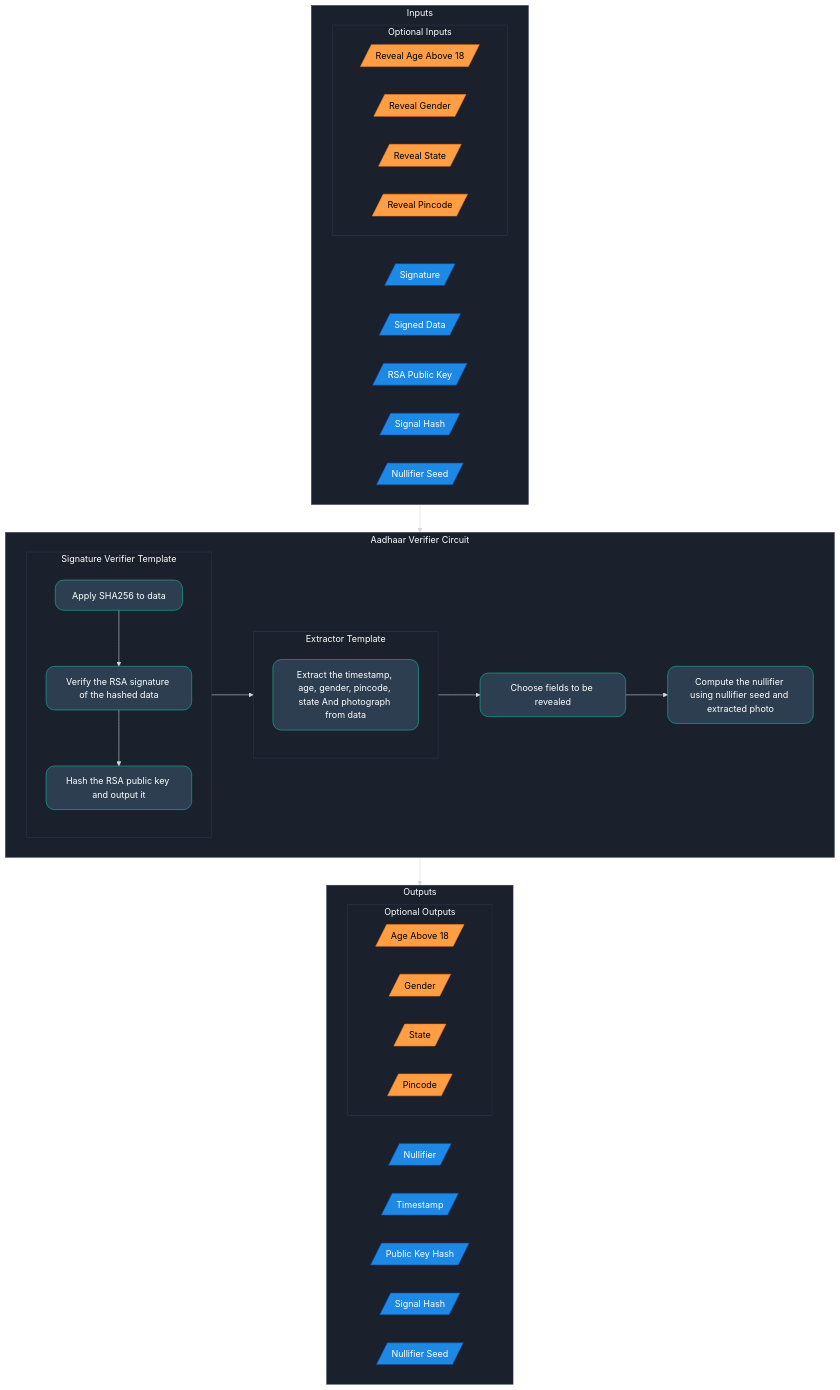
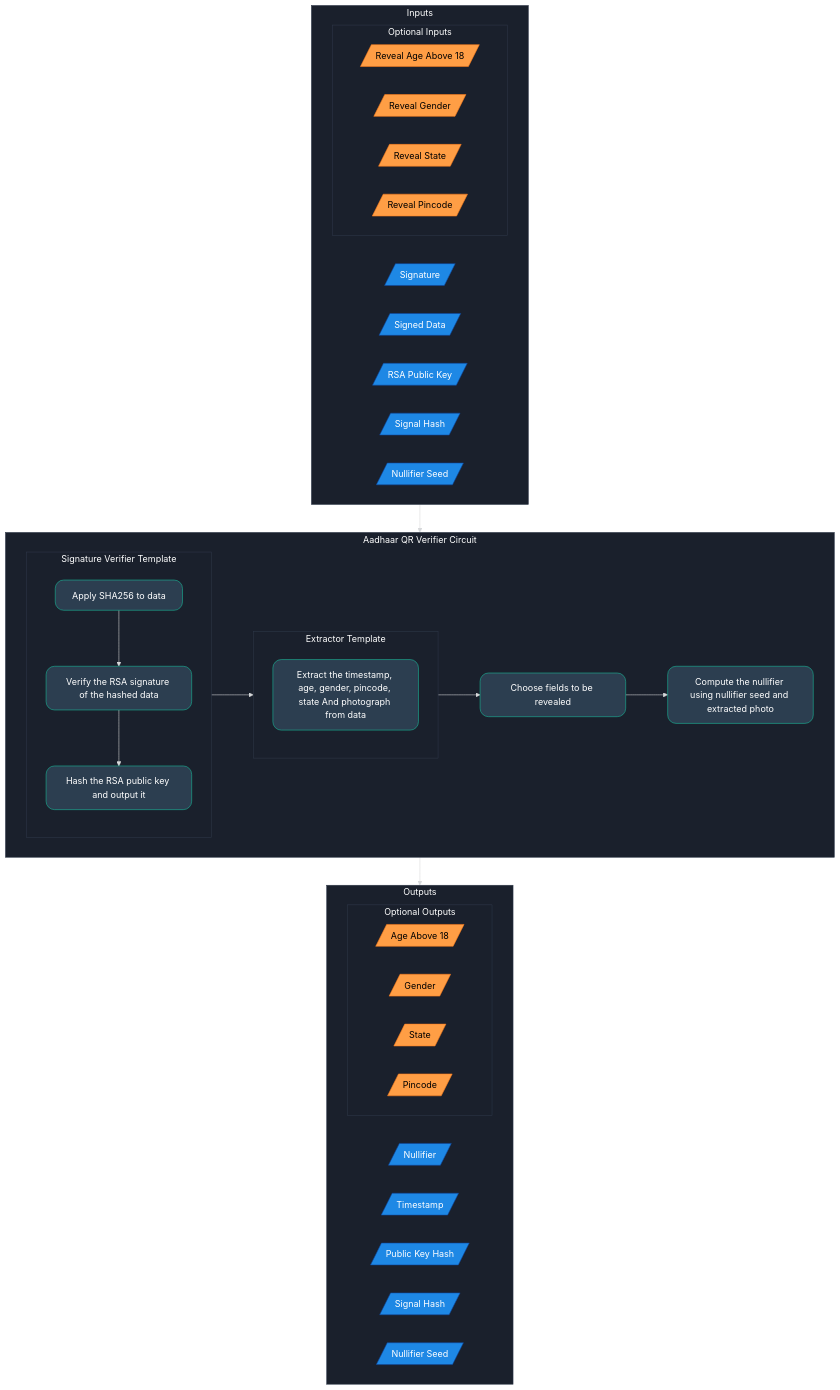
One commit to mina-builders-team/anon-aadhaar-o1js changed the second of 2 diagrams in README.md. Above: the diagram before and after it, drawn with Mermaid (base theme).

Commit message:
docs: fix diagrams in README.md for consistency.
- Updated the second diagram, changing 'Aadhaar Verifier Circuit' to 'Aadhaar QR Verifier Circuit' for consistency with the other diagram.

````diff
--- a/README.md
+++ b/README.md
@@ -103,71 +103,71 @@
 ```mermaid
 flowchart TD
     %% Main sections
-    Inputs["Inputs"] --> AadhaarVerifier["Aadhaar Verifier Circuit"]
-    AadhaarVerifier["Aadhaar Verifier Circuit"] --> Outputs["Outputs"]
+    Inputs["Inputs"] --> AadhaarVerifier["Aadhaar QR Verifier Circuit"]
+    AadhaarVerifier["Aadhaar QR Verifier Circuit"] --> Outputs["Outputs"]
     
     %% Input section contents
     subgraph Inputs
         subgraph OptParams["Optional Inputs"]
             direction LR
             revealAgeAbove18[/"Reveal Age Above 18"/]
             revealGender[/"Reveal Gender"/]
             revealState[/"Reveal State"/]
             revealPincode[/"Reveal Pincode"/]
         end
         
         Signature[/"Signature"/]
         SignedData[/"Signed Data"/]
         RSAPublicKey[/"RSA Public Key"/]
         signalHash[/"Signal Hash"/]
         nullifierSeed[/"Nullifier Seed"/]
     end
     
     %% Aadhaar Verifier Circuit contents
-    subgraph AadhaarVerifier["Aadhaar Verifier Circuit"]
+    subgraph AadhaarVerifier["Aadhaar QR Verifier Circuit"]
         subgraph SignatureVerifierTemplate["Signature Verifier Template"]
             ApplySHA256["Apply SHA256 to data"] --> VerifyRSA1["Verify the RSA signature of the hashed data"]
             VerifyRSA1 --> VerifyRSA2["Hash the RSA public key and output it"]
         end
         
         subgraph ExtractorTemplate["Extractor Template"]
 		        direction TB
             ExtractFields["Extract the timestamp, age, gender, pincode, state And photograph from data"]
         end
 
         SignatureVerifierTemplate --> ExtractorTemplate 
 
         ExtractorTemplate --> anonNode["Choose Fields To Be Revealed"]
         anonNode["Choose fields to be revealed"] --> anonNode2["Compute the nullifier using nullifier seed and extracted photo"]
     end
     
     %% Output section contents
     subgraph Outputs
         subgraph OptOutputs["Optional Outputs"]
             direction LR
             AgeAbove18[/"Age Above 18"/]
             Gender[/"Gender"/]
             State[/"State"/]
             Pincode[/"Pincode"/]
         end
         
         Nullifier[/"Nullifier"/]
         Timestamp[/"Timestamp"/]
         pubKeyHash[/"Public Key Hash"/]
         signalHash2[/"Signal Hash"/]
         nullifierSeed2[/"Nullifier Seed"/]
     end
 
     %% Dark mode friendly styles
     classDef orangeNode fill:#FF9E45,stroke:#FF7D1A,color:#000000
     classDef blueNode fill:#1E88E5,stroke:#0D47A1,color:#FFFFFF
     classDef roundedNode rx:15,ry:15,fill:#2C3E50,stroke:#1ABC9C,color:#FFFFFF
     classDef subgraphStyle fill:#1A202C,stroke:#2D3748,color:#FFFFFF
     linkStyle default stroke:#d7d8da, color:#d7d8da
     %% Apply styles
     class revealAgeAbove18,revealGender,revealState,revealPincode,AgeAbove18,Gender,State,Pincode orangeNode
     class Signature,SignedData,RSAPublicKey,signalHash,nullifierSeed,Nullifier,Timestamp,pubKeyHash,signalHash2,nullifierSeed2 blueNode
     class ExtractFields,ApplySHA256,VerifyRSA1,VerifyRSA2,VerifyRSA3,VerifyRSA4,anonNode,anonNode2 roundedNode
     class Inputs,Outputs,AadhaarVerifier,SignatureVerifierTemplate,ExtractorTemplate,OptParams,OptOutputs subgraphStyle
 
 ```
````
